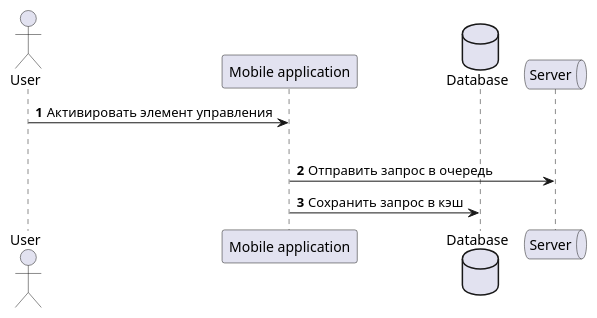
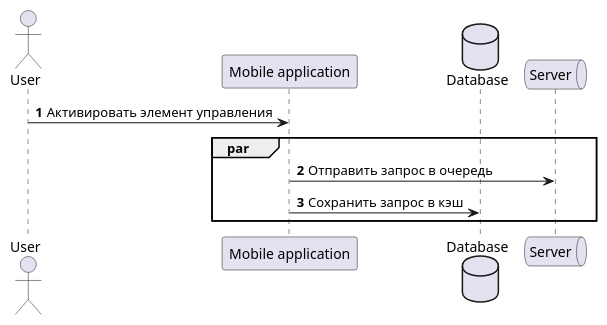
Before and after one commit to PopkovAYu/Notes: the second of 2 diagrams in Notes/Notes/Системная аналитика/Курсы от нетологии/Раздел 3. Анализ требований/9. Диаграммы деятельности и последовательности.md, drawn with PlantUML.

Commit message:
vault backup: 2024-04-23 17:46:04
Affected files:
Notes/Notes/Системная аналитика/Курсы от нетологии/Раздел 3. Анализ требований/9. Диаграммы деятельности и последовательности.md

````diff
--- a/Notes/Notes/Системная аналитика/Курсы от нетологии/Раздел 3. Анализ требований/9. Диаграммы деятельности и последовательности.md
+++ b/Notes/Notes/Системная аналитика/Курсы от нетологии/Раздел 3. Анализ требований/9. Диаграммы деятельности и последовательности.md
@@ -66,16 +66,16 @@
 ```plantuml
 @startuml
 
 actor User as user
 participant "Mobile application" as app
 database Database as db
 queue Server as server
 
 autonumber
 user -> app : Активировать элемент управления
 par
 	app -> server : Отправить запрос в очередь
 	app -> db : Сохранить запрос в кэш
-
+end
 @enduml
 ```
````
